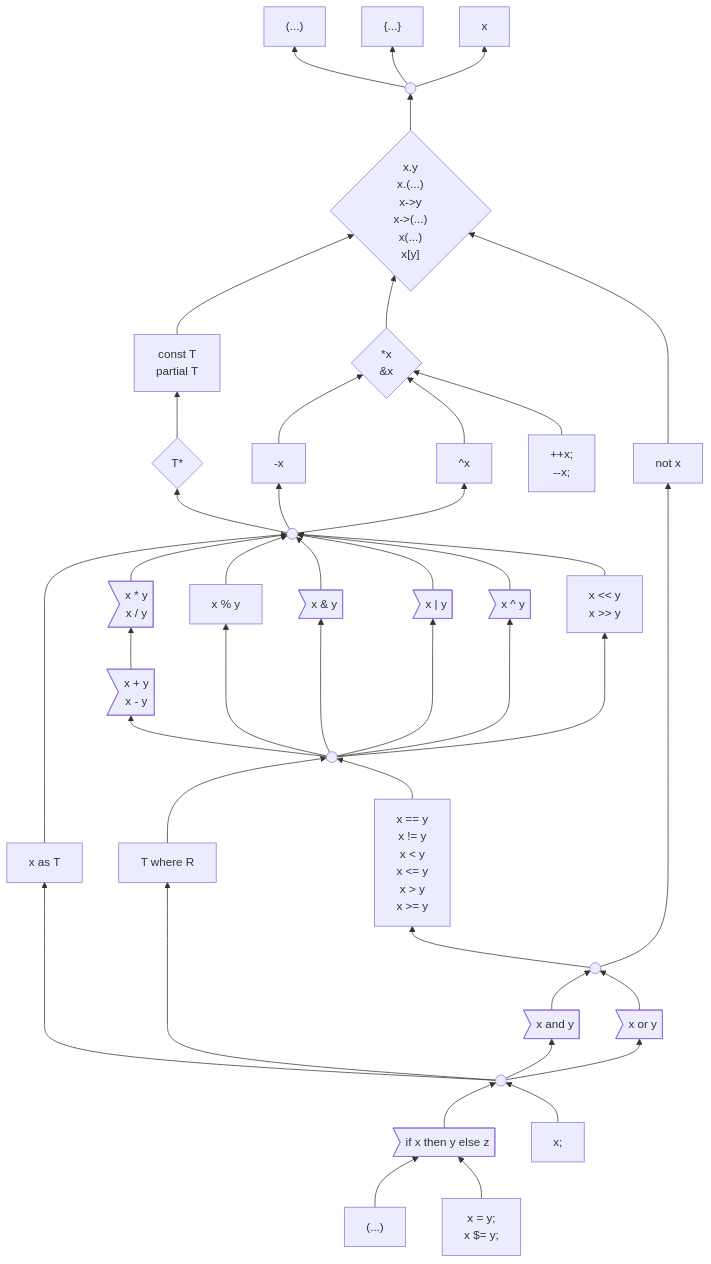
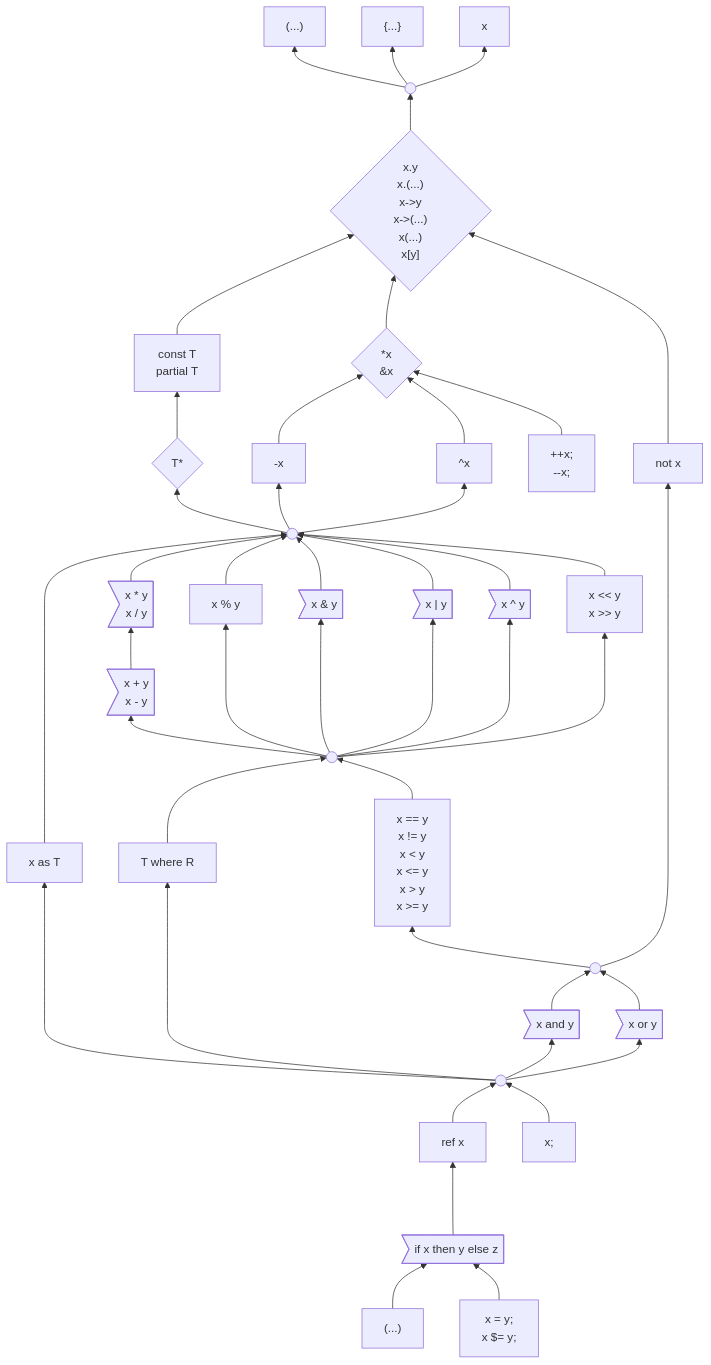
One commit to carbon-language/carbon-lang changed the first of 3 diagrams in docs/design/expressions/README.md. Above: the diagram before and after it, drawn with Mermaid. The commit also changed 1090 other files, not shown here.

````diff
--- a/docs/design/expressions/README.md
+++ b/docs/design/expressions/README.md
@@ -145,6 +145,8 @@
 
     logicalExpression((" "))
 
+    ref["ref x"]
+
     if>"if x then y else z"]
     click if "https://github.com/carbon-language/carbon-lang/blob/trunk/docs/design/expressions/if.md"
 
@@ -187,6 +189,7 @@
 
     and & or --> logicalOperand
     logicalExpression --> as & where & and & or
-    if & expressionStatement --> logicalExpression
+    ref & expressionStatement --> logicalExpression
+    if ---> ref
     insideParens & assignment --> if
 ```
````
